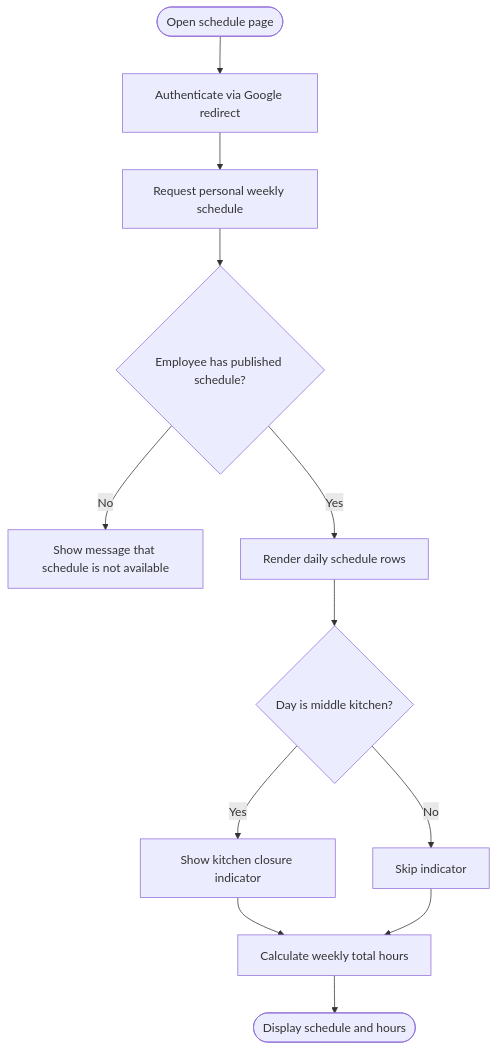
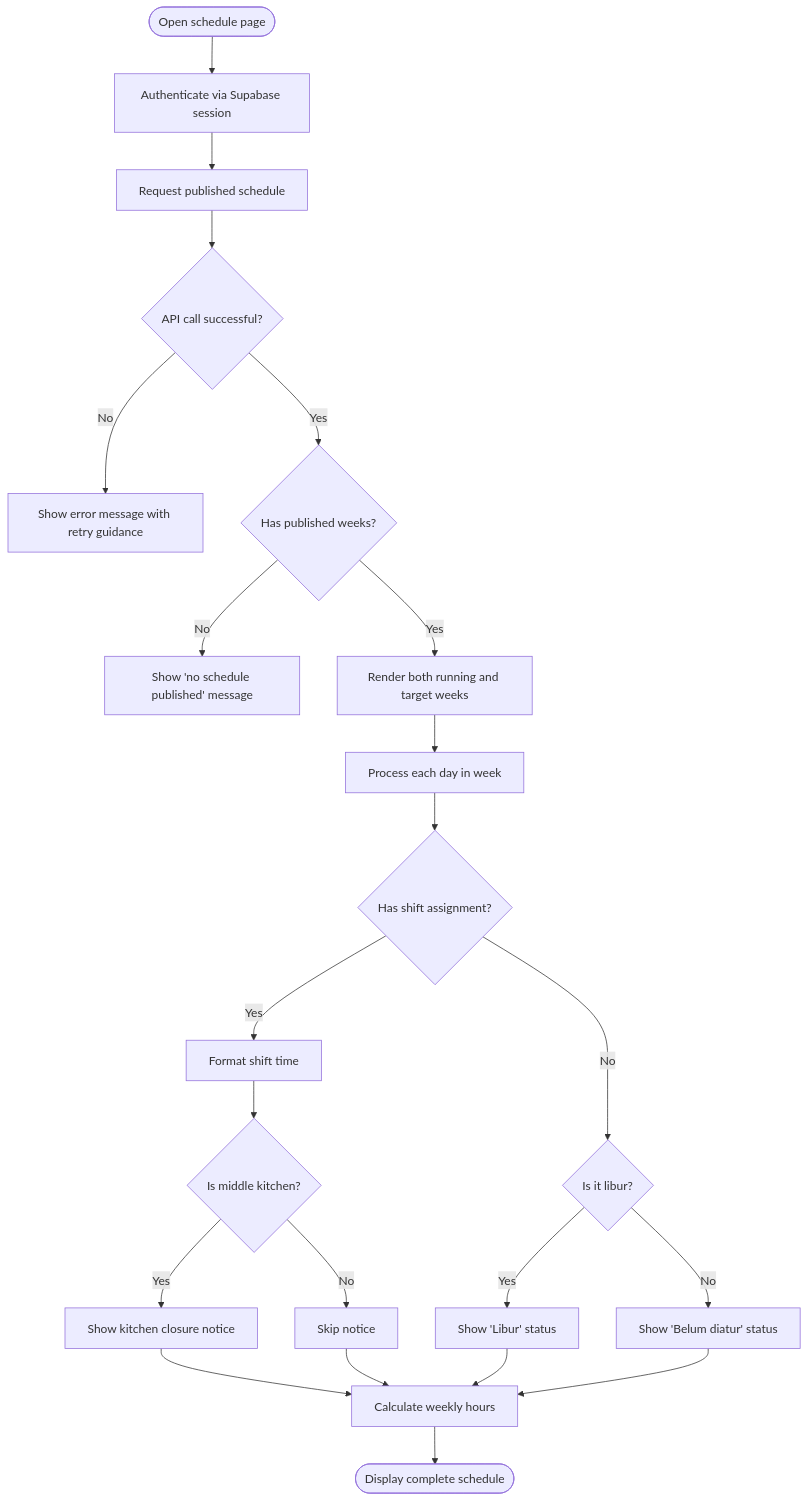
One commit to epo33m/scheduling changed the third of 6 diagrams in .qoder/repowiki/en/content/Product Requirements Document/Functional Specifications/Staff Interface Module (F7).md. Above: the diagram before and after it, drawn with Mermaid. The commit also changed other lines of this file and 77 other files, not shown here.

````diff
--- a/.qoder/repowiki/en/content/Product Requirements Document/Functional Specifications/Staff Interface Module (F7).md
+++ b/.qoder/repowiki/en/content/Product Requirements Document/Functional Specifications/Staff Interface Module (F7).md
@@ -139,14 +164,24 @@
 ```mermaid
 flowchart TD
-Start(["Open schedule page"]) --> Login["Authenticate via Google redirect"]
-Login --> Fetch["Request personal weekly schedule"]
-Fetch --> Validate{"Employee has published schedule?"}
-Validate --> |No| ShowMessage["Show message that schedule is not available"]
-Validate --> |Yes| Render["Render daily schedule rows"]
-Render --> MiddleCheck{"Day is middle kitchen?"}
-MiddleCheck --> |Yes| ShowIndicator["Show kitchen closure indicator"]
-MiddleCheck --> |No| SkipIndicator["Skip indicator"]
-ShowIndicator --> Hours["Calculate weekly total hours"]
-SkipIndicator --> Hours
-Hours --> End(["Display schedule and hours"])
+Start(["Open schedule page"]) --> Login["Authenticate via Supabase session"]
+Login --> Fetch["Request published schedule"]
+Fetch --> Validate{"API call successful?"}
+Validate --> |No| ShowError["Show error message with retry guidance"]
+Validate --> |Yes| CheckWeeks{"Has published weeks?"}
+CheckWeeks --> |No| ShowEmpty["Show 'no schedule published' message"]
+CheckWeeks --> |Yes| RenderWeeks["Render both running and target weeks"]
+RenderWeeks --> DayLoop["Process each day in week"]
+DayLoop --> ShiftCheck{"Has shift assignment?"}
+ShiftCheck --> |No| StatusCheck{"Is it libur?"}
+StatusCheck --> |Yes| ShowLibur["Show 'Libur' status"]
+StatusCheck --> |No| ShowUnset["Show 'Belum diatur' status"]
+ShiftCheck --> |Yes| TimeFormat["Format shift time"]
+TimeFormat --> MiddleCheck{"Is middle kitchen?"}
+MiddleCheck --> |Yes| ShowNotice["Show kitchen closure notice"]
+MiddleCheck --> |No| SkipNotice["Skip notice"]
+ShowNotice --> HoursCalc["Calculate weekly hours"]
+SkipNotice --> HoursCalc
+ShowLibur --> HoursCalc
+ShowUnset --> HoursCalc
+HoursCalc --> End(["Display complete schedule"])
 ```
````
